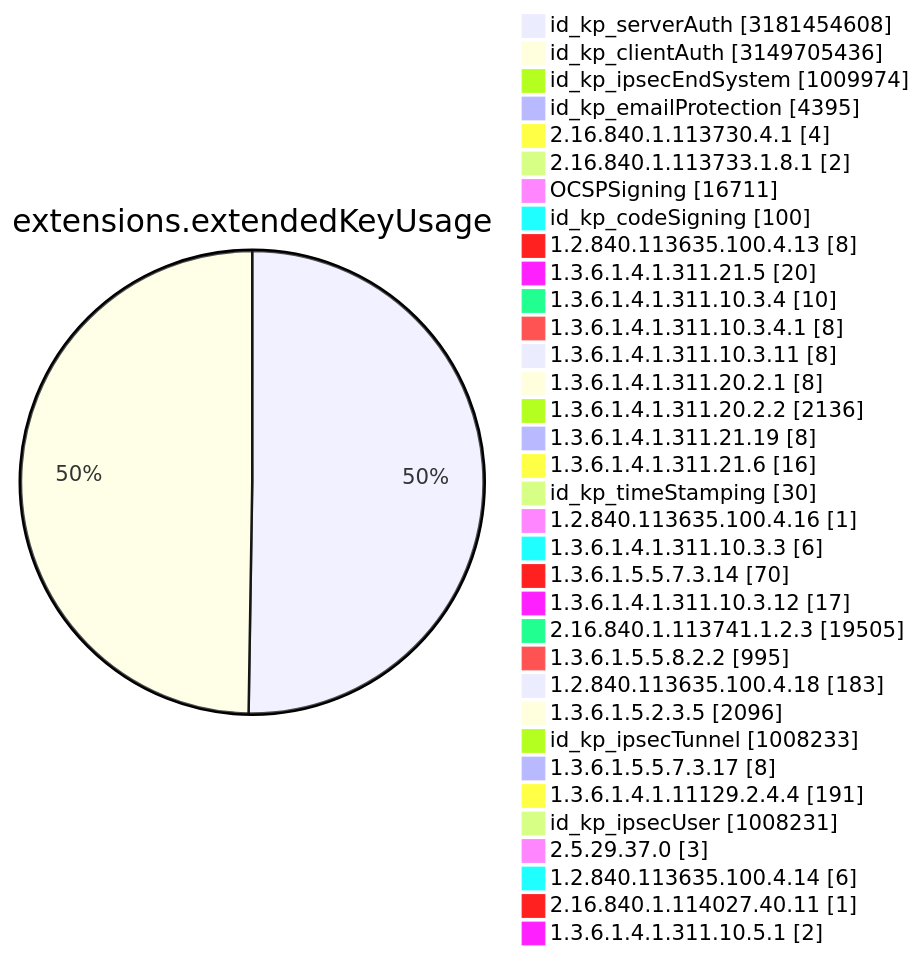
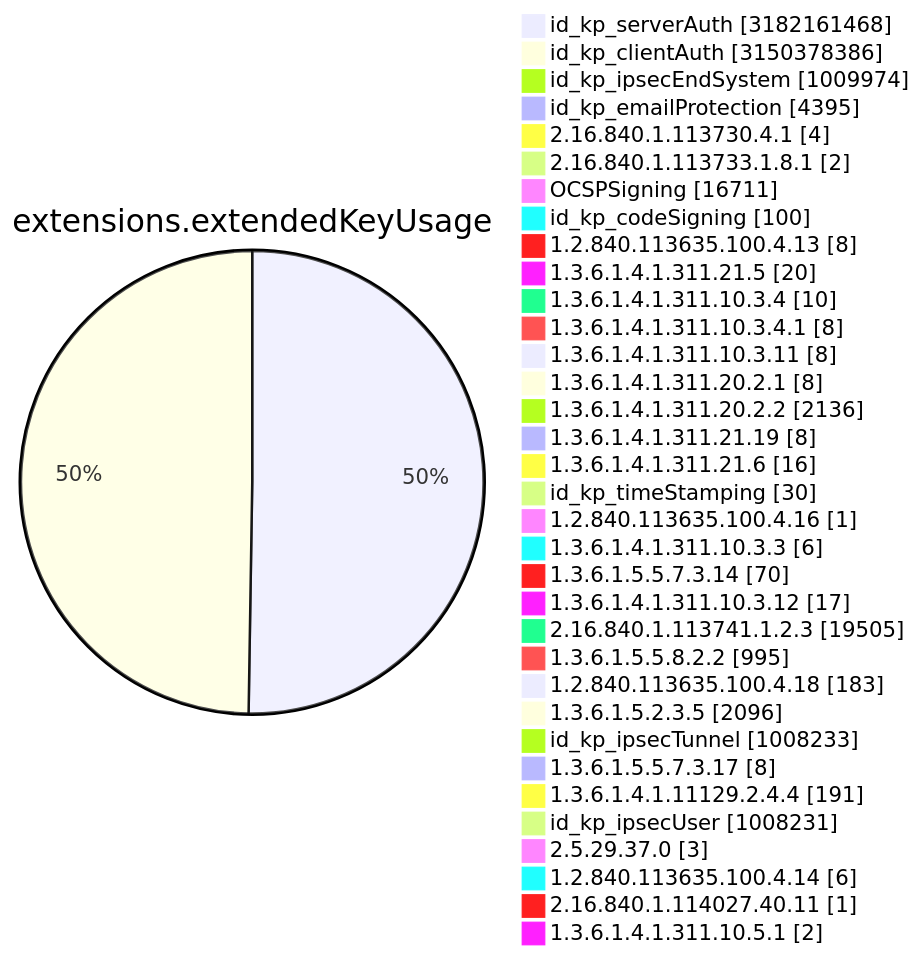
Before and after one commit to christiankrug/ctmonitor_visualization: diagram 11 of 15 in TOTAL/README.md, drawn with Mermaid. The commit also changed other lines of this file, not shown here.

````diff
--- a/TOTAL/README.md
+++ b/TOTAL/README.md
@@ -4119,38 +4119,38 @@
 ```mermaid
 pie showData
 title extensions.extendedKeyUsage
-"id_kp_serverAuth" :3181454608
-"id_kp_clientAuth" :3149705436
+"id_kp_serverAuth" :3182161468
+"id_kp_clientAuth" :3150378386
 "id_kp_ipsecEndSystem" :1009974
 "id_kp_emailProtection" :4395
 "2.16.840.1.113730.4.1" :4
 "2.16.840.1.113733.1.8.1" :2
 "OCSPSigning" :16711
 "id_kp_codeSigning" :100
 "1.2.840.113635.100.4.13" :8
 "1.3.6.1.4.1.311.21.5" :20
 "1.3.6.1.4.1.311.10.3.4" :10
 "1.3.6.1.4.1.311.10.3.4.1" :8
 "1.3.6.1.4.1.311.10.3.11" :8
 "1.3.6.1.4.1.311.20.2.1" :8
 "1.3.6.1.4.1.311.20.2.2" :2136
 "1.3.6.1.4.1.311.21.19" :8
 "1.3.6.1.4.1.311.21.6" :16
 "id_kp_timeStamping" :30
 "1.2.840.113635.100.4.16" :1
 "1.3.6.1.4.1.311.10.3.3" :6
 "1.3.6.1.5.5.7.3.14" :70
 "1.3.6.1.4.1.311.10.3.12" :17
 "2.16.840.1.113741.1.2.3" :19505
 "1.3.6.1.5.5.8.2.2" :995
 "1.2.840.113635.100.4.18" :183
 "1.3.6.1.5.2.3.5" :2096
 "id_kp_ipsecTunnel" :1008233
 "1.3.6.1.5.5.7.3.17" :8
 "1.3.6.1.4.1.11129.2.4.4" :191
 "id_kp_ipsecUser" :1008231
 "2.5.29.37.0" :3
 "1.2.840.113635.100.4.14" :6
 "2.16.840.1.114027.40.11" :1
 "1.3.6.1.4.1.311.10.5.1" :2
 ```
````
